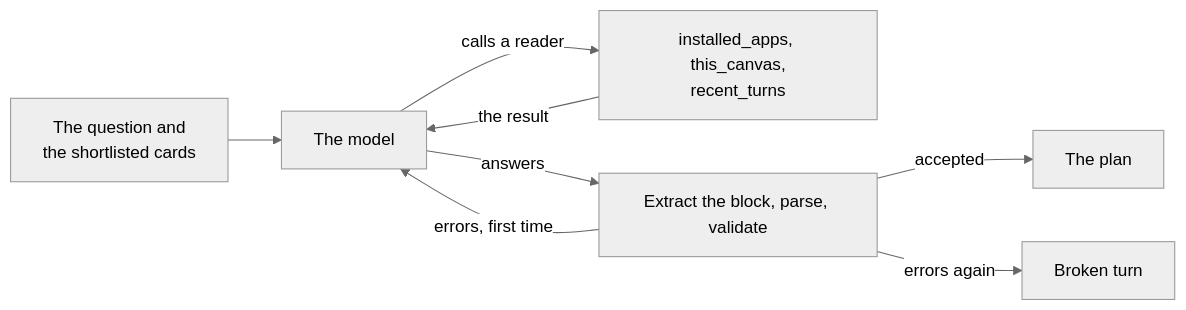
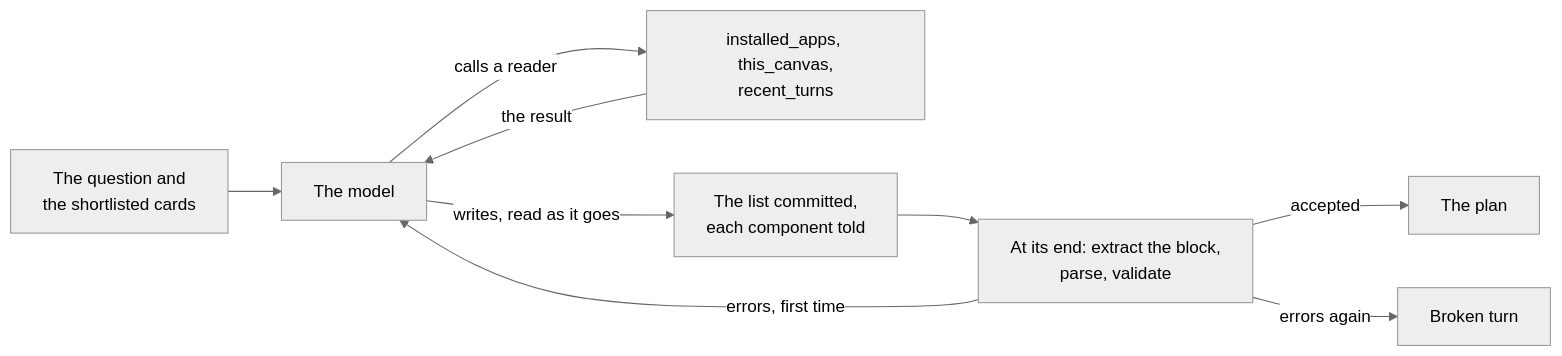
One commit to retz8/a2uiverse changed the fifth of 8 diagrams in docs/design/orchestrator.md. Above: the diagram before and after it, drawn with Mermaid (neutral theme). The commit also changed other lines of this file and 22 other files, not shown here.

````diff
--- a/docs/design/orchestrator.md
+++ b/docs/design/orchestrator.md
@@ -356,10 +360,11 @@
 ```mermaid
 flowchart LR
     Q["The question and<br/>the shortlisted cards"] --> M["The model"]
     M -->|"calls a reader"| T["installed_apps, this_canvas,<br/>recent_turns"]
     T -->|"the result"| M
-    M -->|"answers"| X["Extract the block, parse, validate"]
+    M -->|"writes, read as it goes"| C["The list committed,<br/>each component told"]
+    C --> X["At its end: extract the block,<br/>parse, validate"]
     X -->|"errors, first time"| M
     X -->|"accepted"| OK["The plan"]
     X -->|"errors again"| BAD["Broken turn"]
 ```
````
